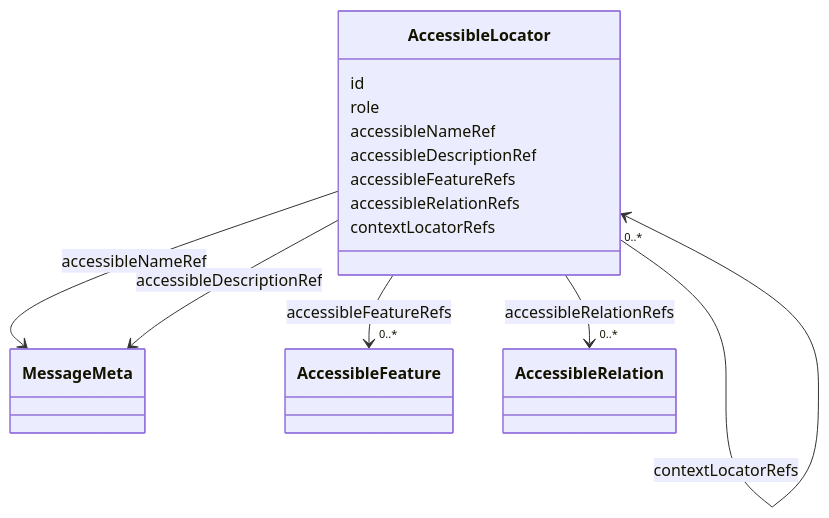
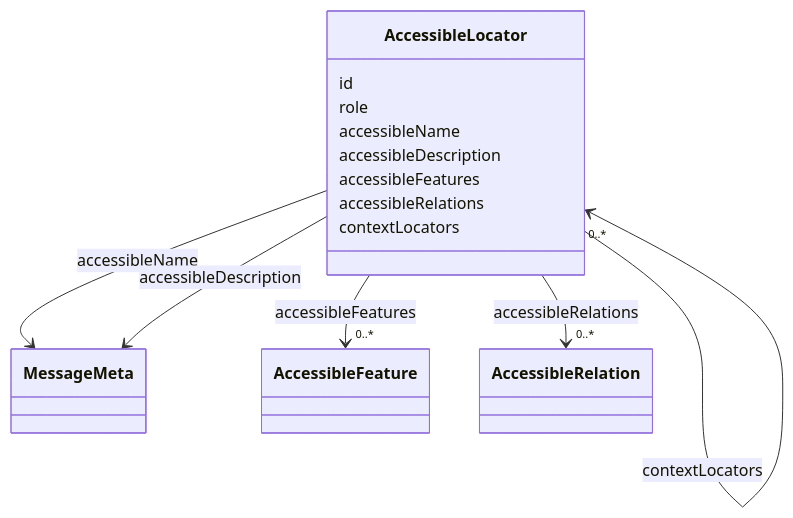
Before and after one commit to openuji/spec-ujg: the sixth of 9 diagrams in specs/ed/modules/observability/index.md, drawn with Mermaid. The commit also changed other lines of this file and 370 other files, not shown here.

````diff
--- a/specs/ed/modules/observability/index.md
+++ b/specs/ed/modules/observability/index.md
@@ -209,20 +169,20 @@
 ```mermaid
 classDiagram
   class MessageMeta
   class AccessibleFeature
   class AccessibleRelation
   class AccessibleLocator {
     id
     role
-    accessibleNameRef
-    accessibleDescriptionRef
-    accessibleFeatureRefs
-    accessibleRelationRefs
-    contextLocatorRefs
+    accessibleName
+    accessibleDescription
+    accessibleFeatures
+    accessibleRelations
+    contextLocators
   }
-  AccessibleLocator --> MessageMeta : accessibleNameRef
-  AccessibleLocator --> MessageMeta : accessibleDescriptionRef
-  AccessibleLocator --> "0..*" AccessibleFeature : accessibleFeatureRefs
-  AccessibleLocator --> "0..*" AccessibleRelation : accessibleRelationRefs
-  AccessibleLocator --> "0..*" AccessibleLocator : contextLocatorRefs
+  AccessibleLocator --> MessageMeta : accessibleName
+  AccessibleLocator --> MessageMeta : accessibleDescription
+  AccessibleLocator --> "0..*" AccessibleFeature : accessibleFeatures
+  AccessibleLocator --> "0..*" AccessibleRelation : accessibleRelations
+  AccessibleLocator --> "0..*" AccessibleLocator : contextLocators
 ```
````
